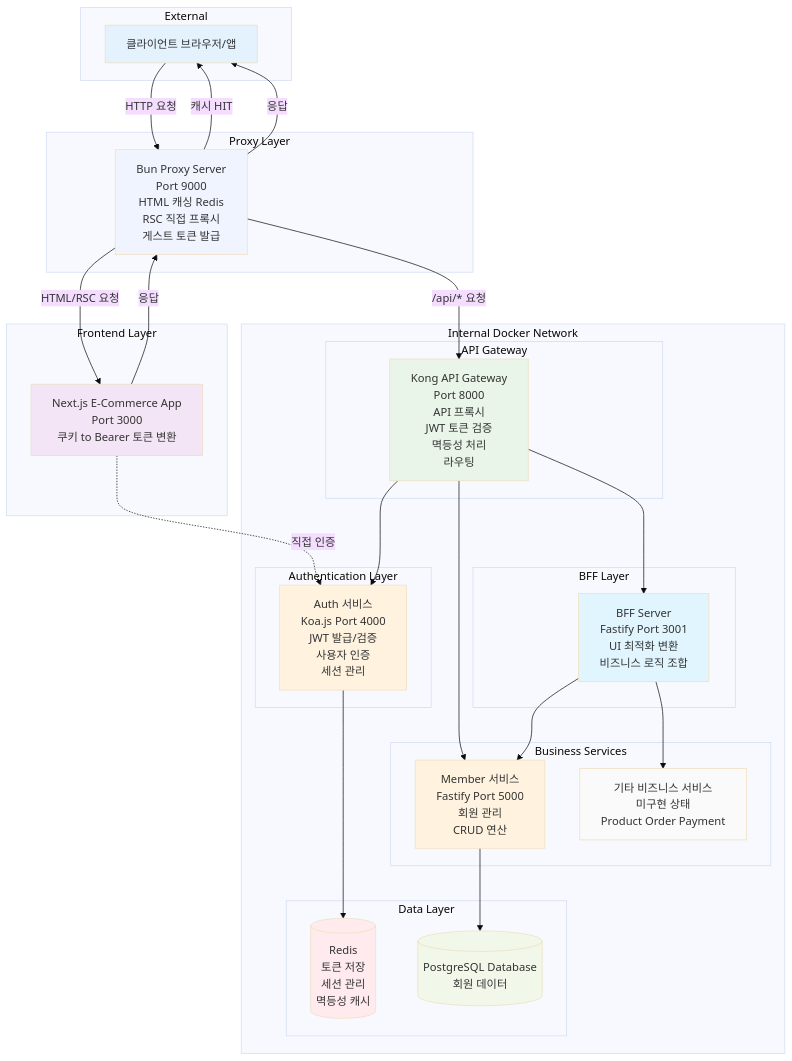
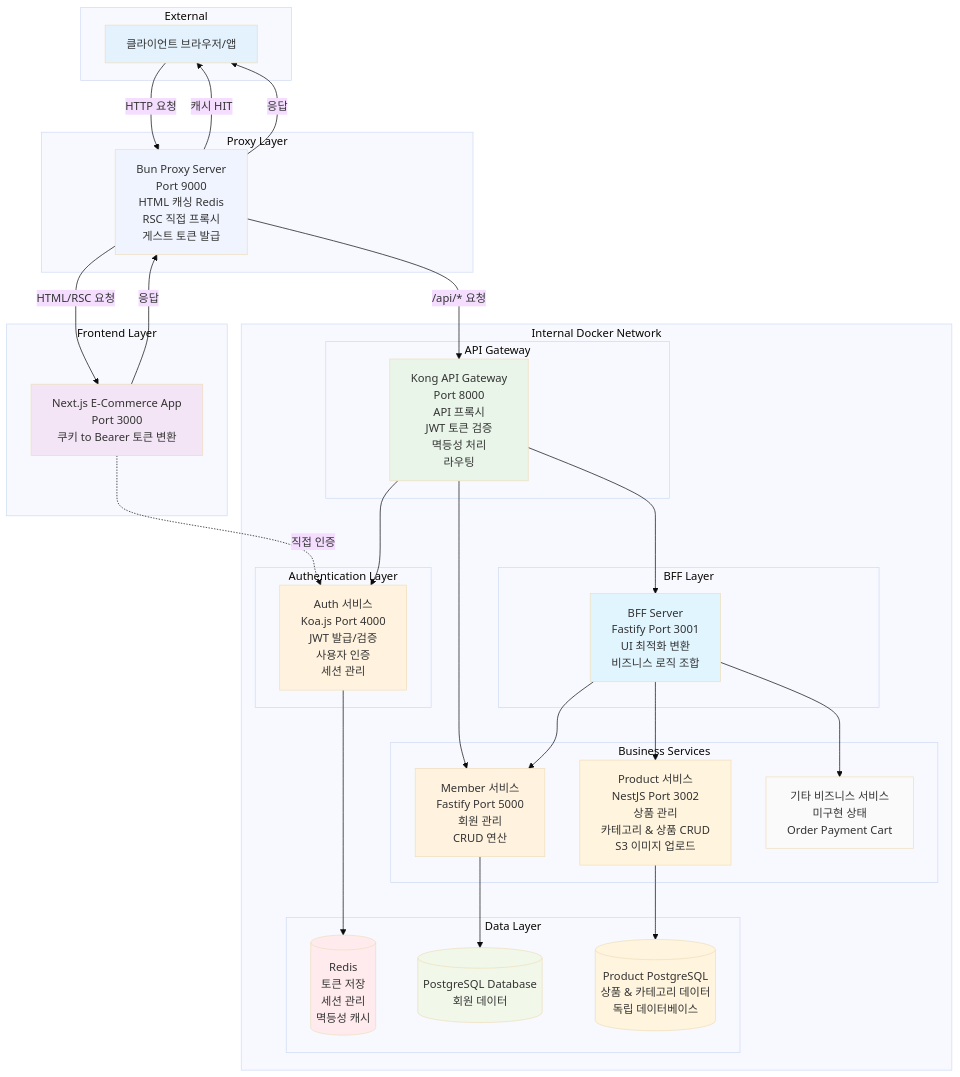
The first of 8 diagrams in README.md (kwonbongsoo/rehabilitationTreatment), drawn with Mermaid (base theme) before and after one commit. The commit also changed other lines of this file and 53 other files, not shown here.

````diff
--- a/README.md
+++ b/README.md
@@ -105,74 +105,78 @@
 ```mermaid
 graph TB
     subgraph "External"
         Client[클라이언트 브라우저/앱]
     end
 
     subgraph "Proxy Layer"
         Proxy["Bun Proxy Server<br/>Port 9000<br/>HTML 캐싱 Redis<br/>RSC 직접 프록시<br/>게스트 토큰 발급"]
     end
 
     subgraph "Frontend Layer"
         Frontend["Next.js E-Commerce App<br/>Port 3000<br/>쿠키 to Bearer 토큰 변환"]
     end
 
     subgraph "Internal Docker Network"
         subgraph "API Gateway"
             Kong["Kong API Gateway<br/>Port 8000<br/>API 프록시<br/>JWT 토큰 검증<br/>멱등성 처리<br/>라우팅"]
         end
 
         subgraph "Authentication Layer"
             Auth["Auth 서비스<br/>Koa.js Port 4000<br/>JWT 발급/검증<br/>사용자 인증<br/>세션 관리"]
         end
 
         subgraph "BFF Layer"
             BFF["BFF Server<br/>Fastify Port 3001<br/>UI 최적화 변환<br/>비즈니스 로직 조합"]
         end
 
         subgraph "Business Services"
             Member["Member 서비스<br/>Fastify Port 5000<br/>회원 관리<br/>CRUD 연산"]
-            Other["기타 비즈니스 서비스<br/>미구현 상태<br/>Product Order Payment"]
+            Product["Product 서비스<br/>NestJS Port 3002<br/>상품 관리<br/>카테고리 & 상품 CRUD<br/>S3 이미지 업로드"]
+            Other["기타 비즈니스 서비스<br/>미구현 상태<br/>Order Payment Cart"]
         end
 
         subgraph "Data Layer"
             Redis[("Redis<br/>토큰 저장<br/>세션 관리<br/>멱등성 캐시")]
             PostgreSQL[("PostgreSQL Database<br/>회원 데이터")]
+            ProductDB[("Product PostgreSQL<br/>상품 & 카테고리 데이터<br/>독립 데이터베이스")]
         end
     end
 
     %% External connections
     Client -->|HTTP 요청| Proxy
     Proxy -->|캐시 HIT| Client
     Proxy -->|HTML/RSC 요청| Frontend
     Frontend -->|응답| Proxy
     Proxy -->|응답| Client
 
     %% Proxy to internal services
     Proxy -->|/api/* 요청| Kong
     Frontend -.->|직접 인증| Auth
 
     %% Kong routing
     Kong --> BFF
     Kong --> Auth
     Kong --> Member
 
     %% BFF connections - 데이터 집계만
     BFF --> Member
+    BFF --> Product
     BFF --> Other
 
     %% Service to data connections
     Auth --> Redis
     Member --> PostgreSQL
+    Product --> ProductDB
 
     %% Styling
     style Client fill:#e3f2fd
     style Proxy fill:#f0f4ff
     style Frontend fill:#f3e5f5
     style Kong fill:#e8f5e8
     style Auth fill:#fff3e0
     style BFF fill:#e1f5fe
     style Member fill:#fff3e0
     style Redis fill:#ffebee
     style PostgreSQL fill:#f1f8e9
     style Other fill:#fafafa
 ```
````
